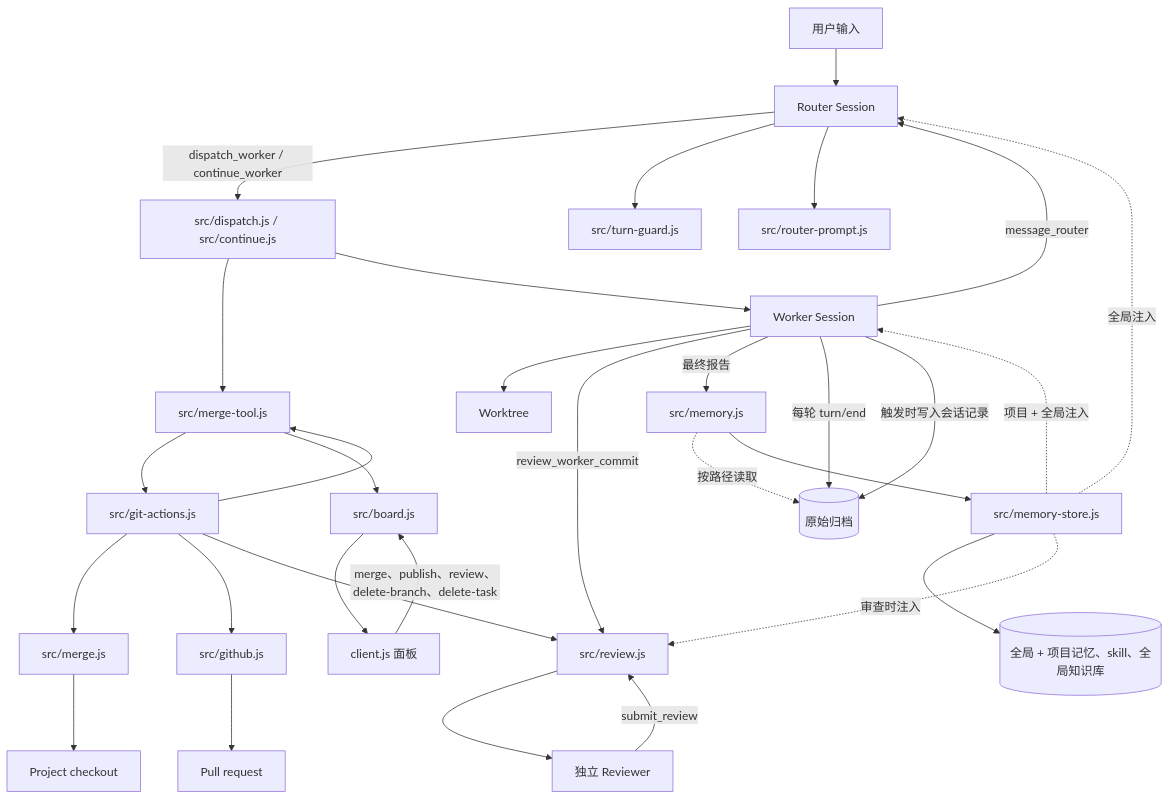
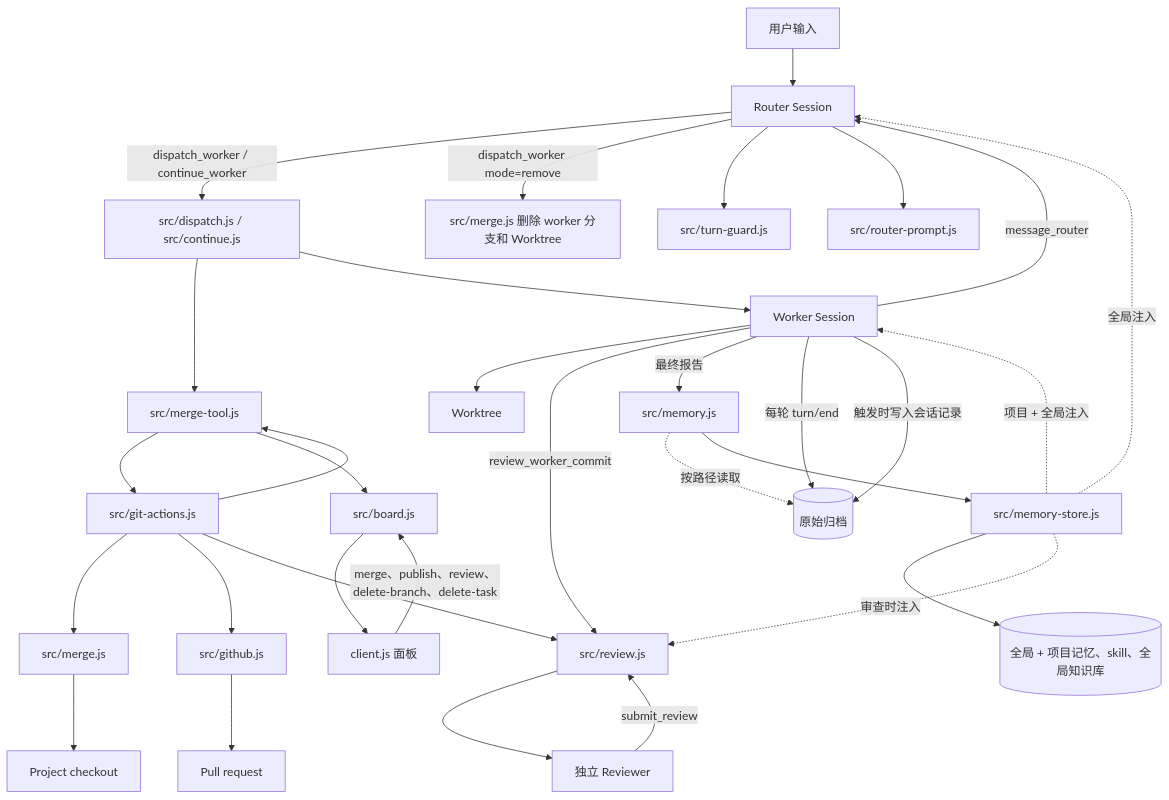
The diagram in docs/007-architecture.md (LMQ00/superagent-lite), drawn with Mermaid before and after one commit. The commit also changed other lines of this file and 14 other files, not shown here.

Commit message:
feat: dispatch_worker 增加 remove 模式

````diff
--- a/docs/007-architecture.md
+++ b/docs/007-architecture.md
@@ -9,33 +9,34 @@
 ```mermaid
 flowchart TB
   U[用户输入] --> R[Router Session]
   R -->|dispatch_worker / continue_worker| D[src/dispatch.js / src/continue.js]
+  R -->|dispatch_worker mode=remove| X[src/merge.js 删除 worker 分支和 Worktree]
   D --> T[(Task 记录)]
   D --> W[Worker Session]
   W --> WT[Worktree]
   W -->|review_worker_commit| RV[src/review.js]
   RV --> HR[独立 Reviewer]
   HR -->|submit_review| RV
   W -->|message_router| R
   T --> G[src/git-actions.js]
   G --> M[src/merge.js]
   G --> T[src/merge-tool.js]
   G --> GH[src/github.js]
   G --> RV
   M --> P[Project checkout]
   GH --> PR[Pull request]
   T --> B[src/board.js]
   B --> C[client.js 面板]
   C -->|merge、publish、review、delete-branch、delete-task| B
   R --> TG[src/turn-guard.js]
   R --> RP[src/router-prompt.js]
   W -->|最终报告| ME[src/memory.js]
   W -->|每轮 turn/end| AR[(原始归档)]
   W -->|触发时写入会话记录| AR
   ME -.->|按路径读取| AR
   ME --> MS[src/memory-store.js]
   MS --> MF[(全局 + 项目记忆、skill、全局知识库)]
   MS -.->|项目 + 全局注入| W
   MS -.->|全局注入| R
   MS -.->|审查时注入| RV
 ```
````
